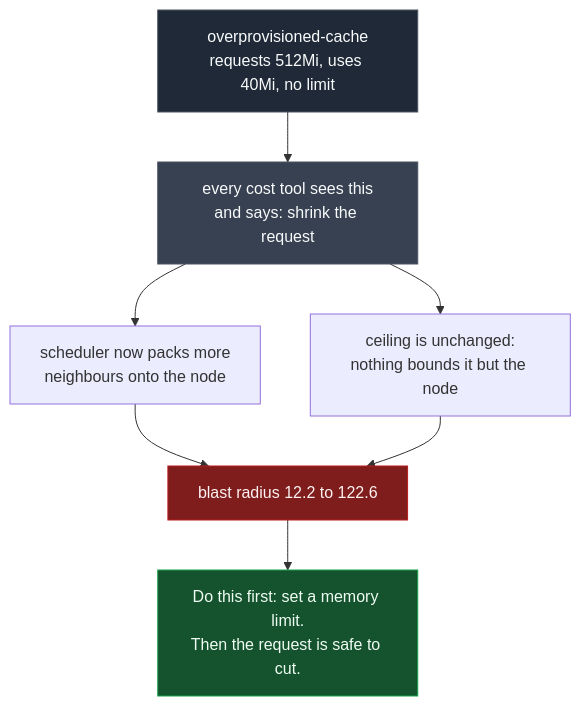
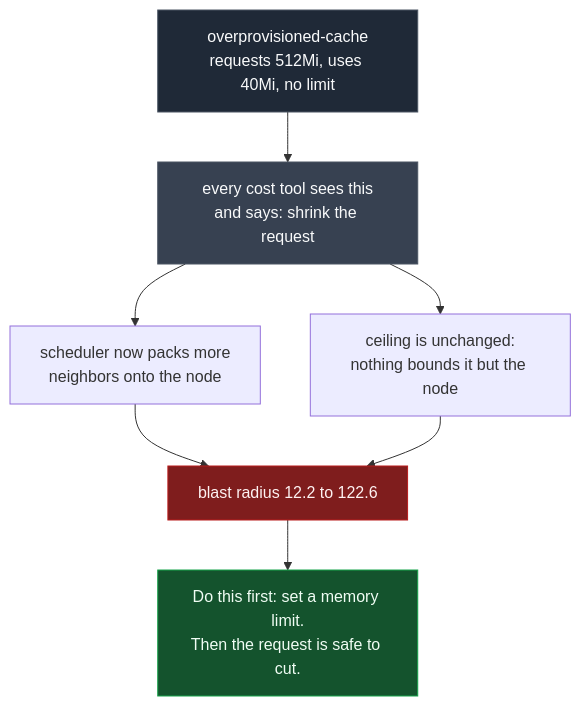
Before and after one commit to bezilla/capsize: the diagram in README.md, drawn with Mermaid. The commit also changed other lines of this file and 21 other files, not shown here.

````diff
--- a/README.md
+++ b/README.md
@@ -122,15 +122,15 @@
 ```mermaid
 flowchart TD
     A["overprovisioned-cache<br>requests 512Mi, uses 40Mi, no limit"]
     A --> B["every cost tool sees this<br>and says: shrink the request"]
-    B --> C["scheduler now packs more<br>neighbours onto the node"]
+    B --> C["scheduler now packs more<br>neighbors onto the node"]
     B --> D["ceiling is unchanged:<br>nothing bounds it but the node"]
     C --> E["blast radius 12.2 to 122.6"]
     D --> E
     E --> F["Do this first: set a memory limit.<br>Then the request is safe to cut."]
 
     style A fill:#1f2937,stroke:#4b5563,color:#f9fafb
     style B fill:#374151,stroke:#4b5563,color:#f9fafb
     style E fill:#7f1d1d,stroke:#b91c1c,color:#fef2f2
     style F fill:#14532d,stroke:#16a34a,color:#f0fdf4
 ```
````
